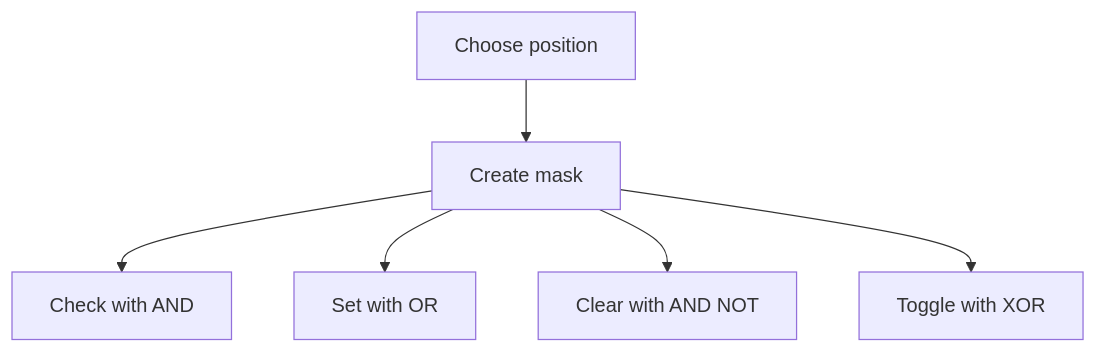
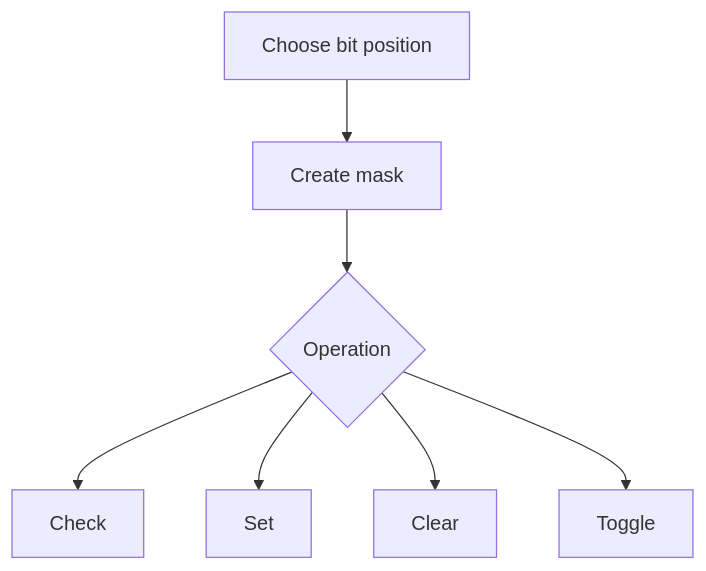
One commit to mthaiseer/springcloud-systemdesign-notes changed the fourth of 22 diagrams in CP_DSA_NOTES/CONCEPT_FRAMEWORK_FORMS_TATICS/bitwise_playbook.md. Above: the diagram before and after it, drawn with Mermaid. The commit also changed other lines of this file, not shown here.

````diff
--- a/CP_DSA_NOTES/CONCEPT_FRAMEWORK_FORMS_TATICS/bitwise_playbook.md
+++ b/CP_DSA_NOTES/CONCEPT_FRAMEWORK_FORMS_TATICS/bitwise_playbook.md
@@ -210,8 +188,9 @@
 ```mermaid
 flowchart TD
-    A["Choose position"] --> B["Create mask"]
-    B --> C["Check with AND"]
-    B --> D["Set with OR"]
-    B --> E["Clear with AND NOT"]
-    B --> F["Toggle with XOR"]
+    A["Choose bit position"] --> B["Create mask"]
+    B --> C{"Operation"}
+    C --> D["Check"]
+    C --> E["Set"]
+    C --> F["Clear"]
+    C --> G["Toggle"]
 ```
````
